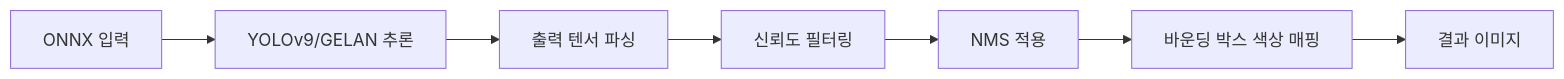
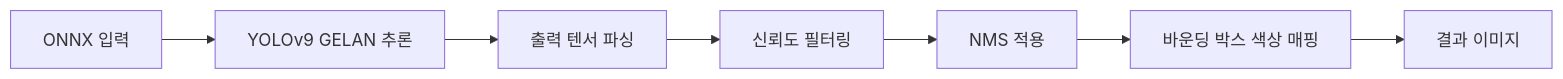
Before and after one commit to cellaxon/vision_model_tester: the third of 3 diagrams in README.md, drawn with Mermaid. The commit also changed other lines of this file, not shown here.

Commit message:
Added sources and descriptions for YOLOv9 and RF-DETR models to README.md, added model download method and notes section. Modified RF-DETR model download command.

````diff
--- a/README.md
+++ b/README.md
@@ -335,9 +351,9 @@
 ```mermaid
 flowchart LR
-    A[ONNX 입력] --> B[YOLOv9/GELAN 추론]
+    A[ONNX 입력] --> B[YOLOv9 GELAN 추론]
     B --> C[출력 텐서 파싱]
     C --> D[신뢰도 필터링]
     D --> E[NMS 적용]
     E --> F[바운딩 박스 색상 매핑]
     F --> G[결과 이미지]
 ```
````
